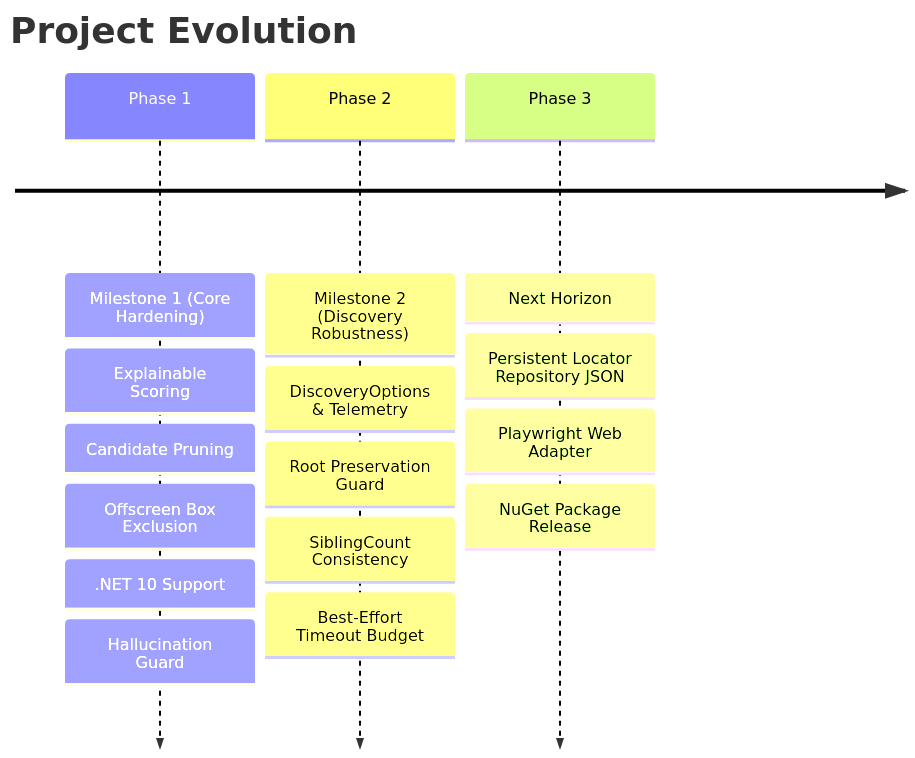
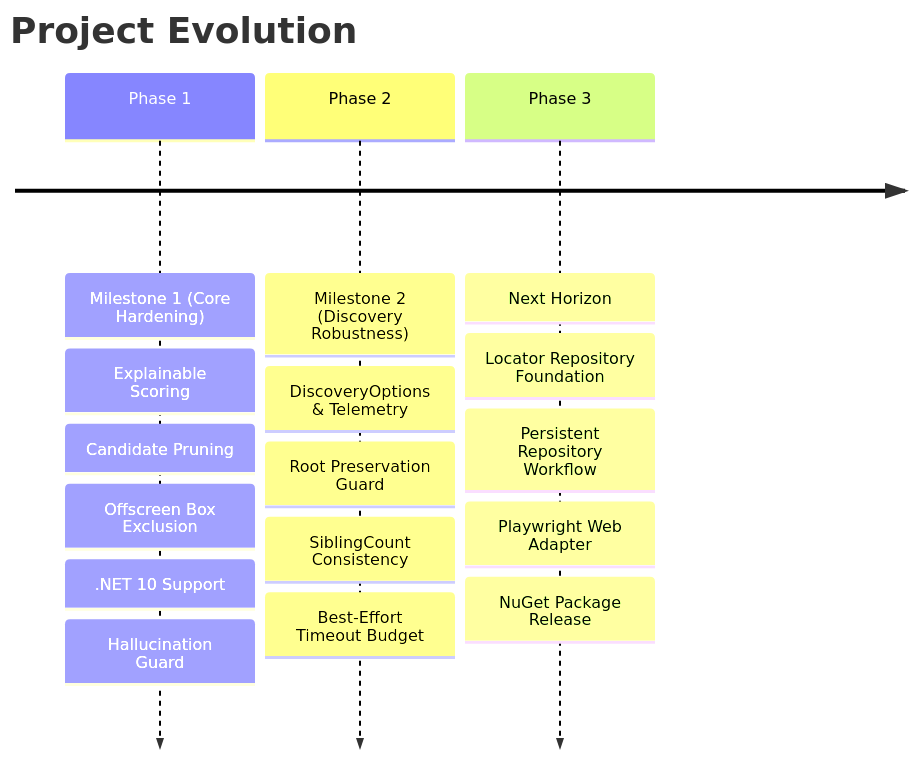
Before and after one commit to mustafasercansak/automation-sandbox: the first of 6 diagrams in PROJECT_SHOWCASE.md, drawn with Mermaid. The commit also changed other lines of this file and 8 other files, not shown here.

Commit message:
feat: implement Locator Repository foundation with JSON serialization and validation; enhance self-healing logic with new tests

````diff
--- a/PROJECT_SHOWCASE.md
+++ b/PROJECT_SHOWCASE.md
@@ -26,7 +26,7 @@
 ```mermaid
 timeline
     title Project Evolution
     Phase 1 : Milestone 1 (Core Hardening) : Explainable Scoring : Candidate Pruning : Offscreen Box Exclusion : .NET 10 Support : Hallucination Guard
     Phase 2 : Milestone 2 (Discovery Robustness) : DiscoveryOptions & Telemetry : Root Preservation Guard : SiblingCount Consistency : Best-Effort Timeout Budget
-    Phase 3 : Next Horizon : Persistent Locator Repository JSON : Playwright Web Adapter : NuGet Package Release
+    Phase 3 : Next Horizon : Locator Repository Foundation : Persistent Repository Workflow : Playwright Web Adapter : NuGet Package Release
 ```
````
